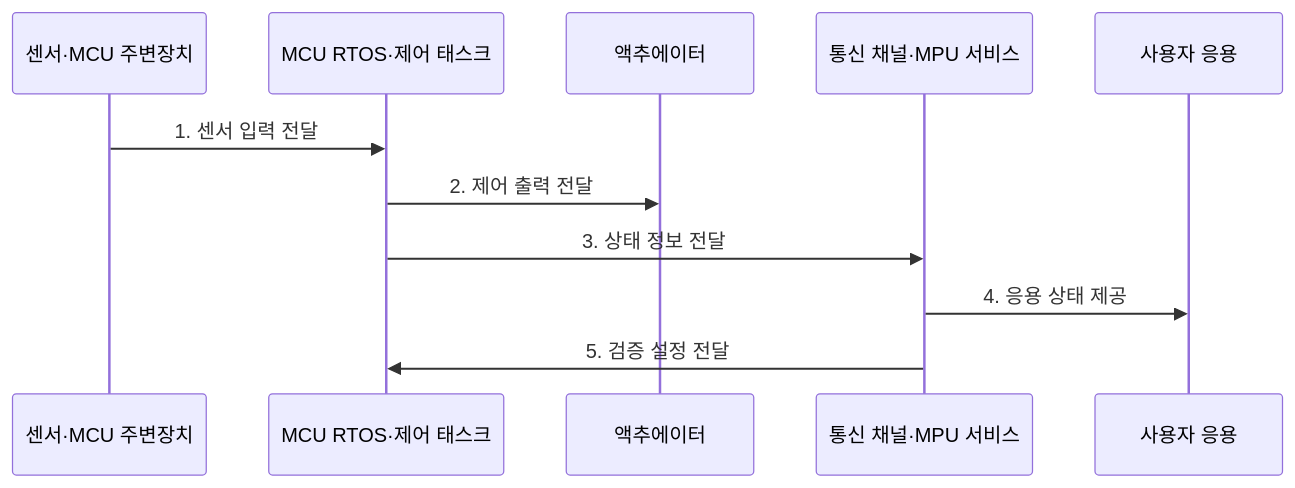
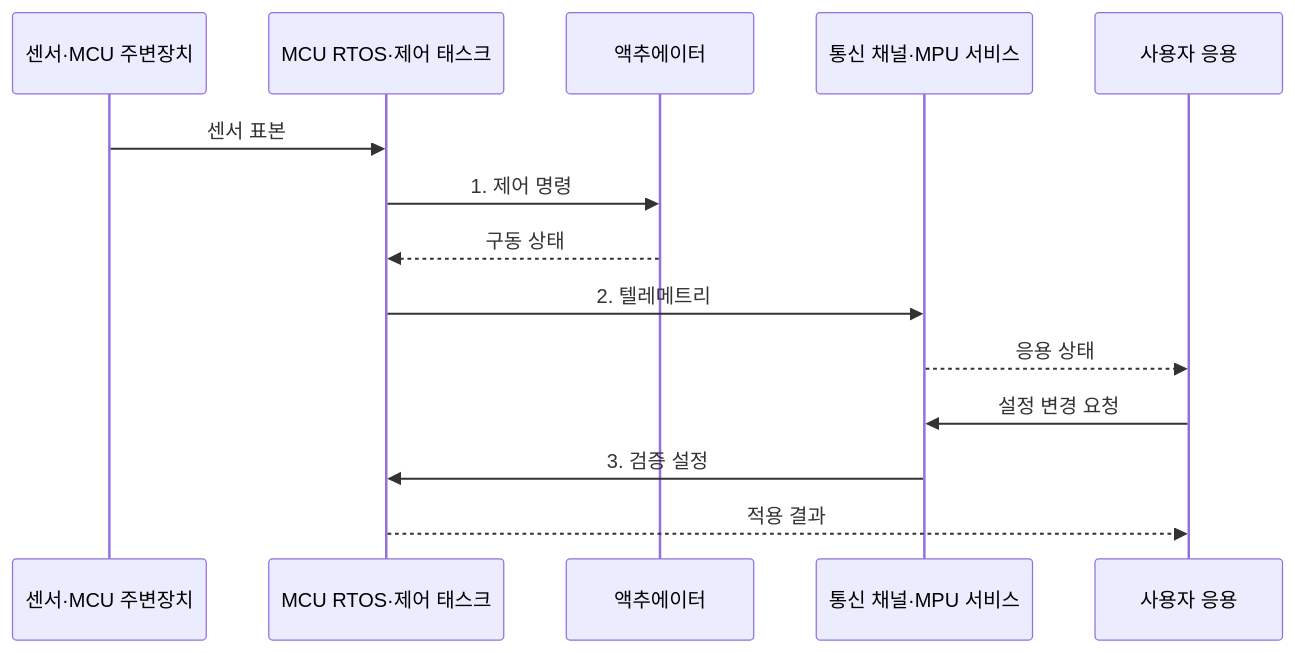
Before and after one commit to agnusdei1207/knowledge-base: the second of 2 diagrams in src/content/docs/notes/02-hardware/083_microcontroller_vs_microprocessor.md, drawn with Mermaid. The commit also changed other lines of this file and 14 other files, not shown here.

````diff
--- a/src/content/docs/notes/02-hardware/083_microcontroller_vs_microprocessor.md
+++ b/src/content/docs/notes/02-hardware/083_microcontroller_vs_microprocessor.md
@@ -87,14 +85,17 @@
 ```mermaid
 sequenceDiagram
     participant P as 센서·MCU 주변장치
     participant R as MCU RTOS·제어 태스크
     participant A as 액추에이터
     participant M as 통신 채널·MPU 서비스
     participant U as 사용자 응용
 
-    P->>R: 1. 센서 입력 전달
-    R->>A: 2. 제어 출력 전달
-    R->>M: 3. 상태 정보 전달
-    M->>U: 4. 응용 상태 제공
-    M->>R: 5. 검증 설정 전달
+    P->>R: 센서 표본
+    R->>A: 1. 제어 명령
+    A-->>R: 구동 상태
+    R->>M: 2. 텔레메트리
+    M-->>U: 응용 상태
+    U->>M: 설정 변경 요청
+    M->>R: 3. 검증 설정
+    R-->>U: 적용 결과
 ```
````
